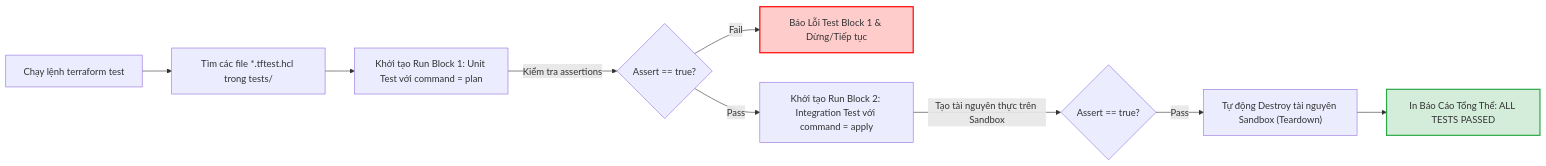
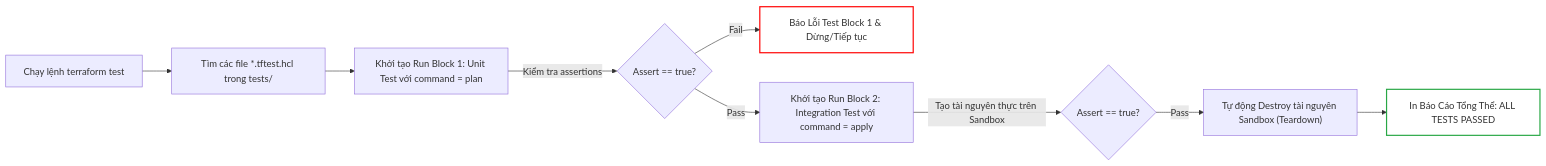
Before and after one commit to kiennt308/ntk: the second of 7 diagrams in _posts/2026-09-13-terraform-21-21-kiem-thu-ha-tang-terraform-test-tflint-trivy-va-validate.md, drawn with Mermaid. The commit also changed other lines of this file and 207 other files, not shown here.

Commit message:
feat(posts): batch standardize all 208 posts with TL;DR, qa-card accordion, fill:none mermaid, and liquid raw wrappers

````diff
--- a/_posts/2026-09-13-terraform-21-21-kiem-thu-ha-tang-terraform-test-tflint-trivy-va-validate.md
+++ b/_posts/2026-09-13-terraform-21-21-kiem-thu-ha-tang-terraform-test-tflint-trivy-va-validate.md
@@ -76,16 +80,16 @@
 ```mermaid
 flowchart LR
     A["Chạy lệnh terraform test"] --> B["Tìm các file *.tftest.hcl trong tests/"]
     B --> C["Khởi tạo Run Block 1: Unit Test với command = plan"]
     C -->|Kiểm tra assertions| D{Assert == true?}
     D -->|Fail| ERR1["Báo Lỗi Test Block 1 & Dừng/Tiếp tục"]
     D -->|Pass| E["Khởi tạo Run Block 2: Integration Test với command = apply"]
     E -->|Tạo tài nguyên thực trên Sandbox| F{Assert == true?}
     F -->|Pass| G["Tự động Destroy tài nguyên Sandbox (Teardown)"]
     G --> H["In Báo Cáo Tổng Thể: ALL TESTS PASSED"]
 
-    style ERR1 fill:#ffcccc,stroke:#ff0000,stroke-width:2px
-    style H fill:#d4edda,stroke:#28a745,stroke-width:2px
+    style ERR1 fill:none,stroke:#ff0000,stroke-width:2px
+    style H fill:none,stroke:#28a745,stroke-width:2px
 
 
 ```
````
